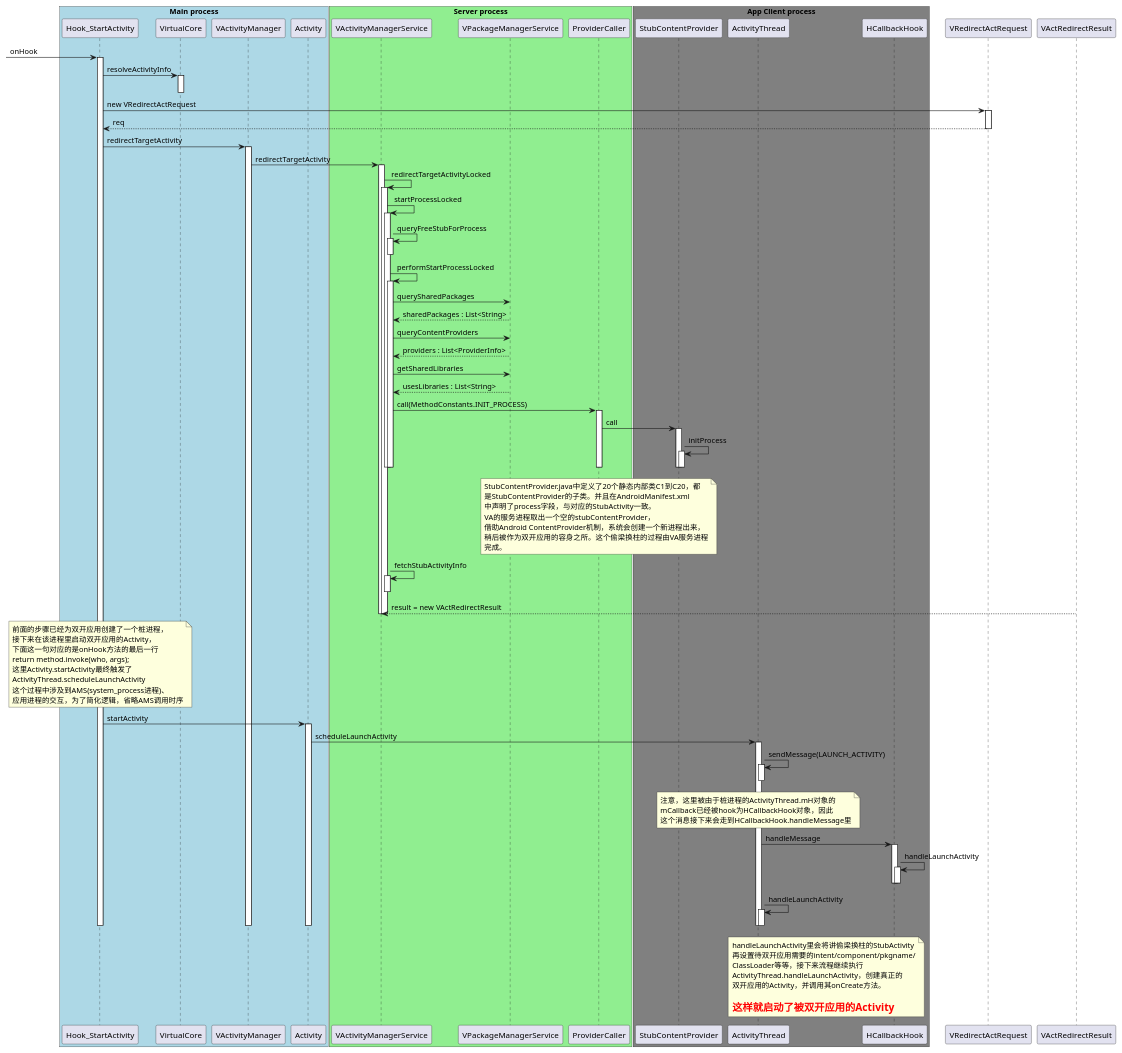
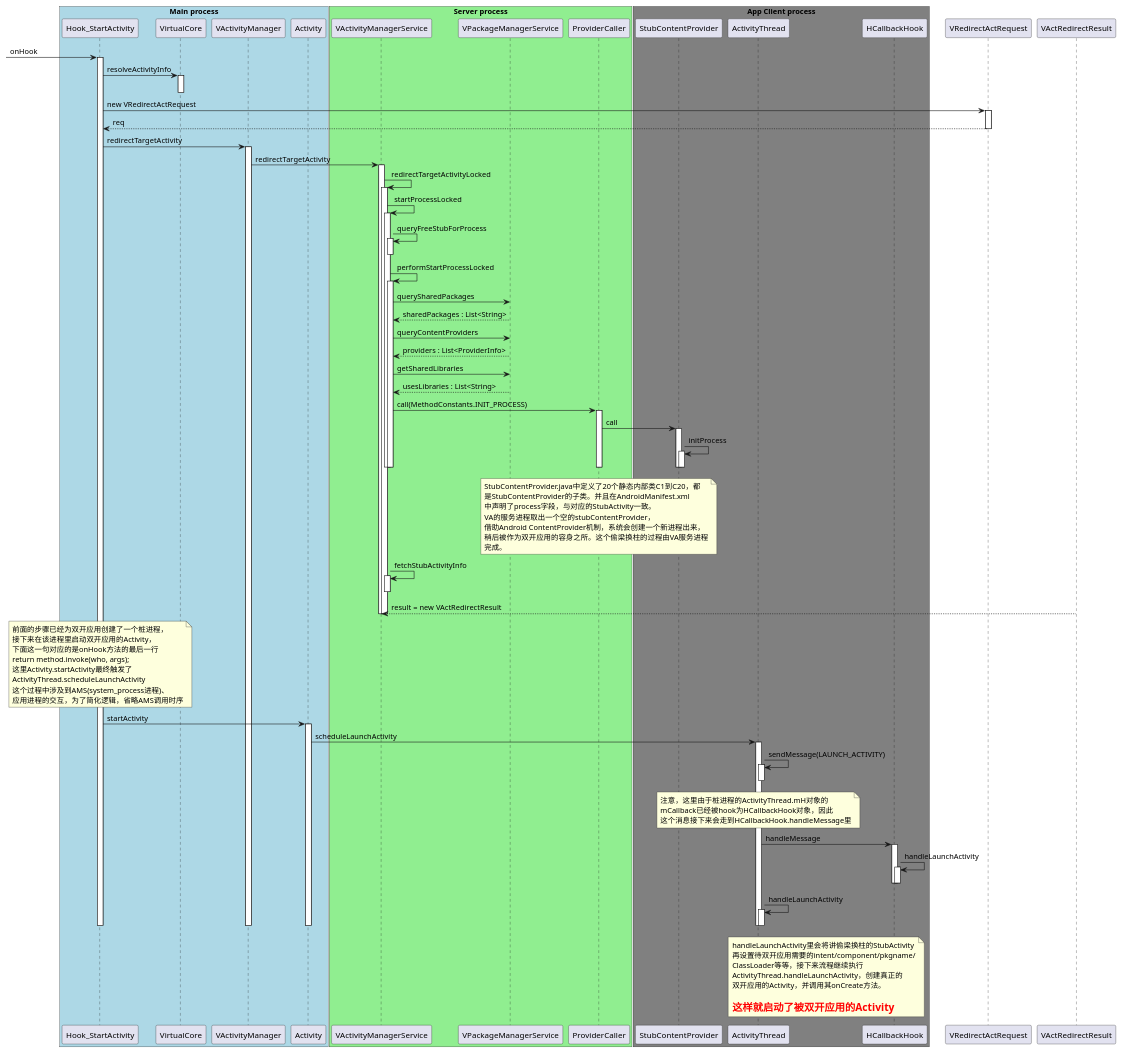
One commit to prife/VirtualAppDoc changed the diagram in VAStartActivity.puml. Above: the diagram before and after it, drawn with PlantUML. The commit also changed 1 other file, not shown here.

```diff
--- a/VAStartActivity.puml
+++ b/VAStartActivity.puml
@@ -1,141 +1,141 @@
 @startuml
 
 box "Main process" #LightBlue
 	participant Hook_StartActivity
 	participant VirtualCore
 	participant VActivityManager
     participant Activity
 end box
 
 box "Server process" #LightGreen
 	participant VActivityManagerService
 	participant VPackageManagerService
 	participant ProviderCaller
 
 end box
 
 box "App Client process" #Gray
 	participant StubContentProvider
 	participant ActivityThread
 	participant HCallbackHook
 end box
 
 [-> Hook_StartActivity : onHook
 
 activate Hook_StartActivity
 Hook_StartActivity -> VirtualCore : resolveActivityInfo
 activate VirtualCore
 
 deactivate VirtualCore
 
 Hook_StartActivity -> VRedirectActRequest : new VRedirectActRequest
 
 activate VRedirectActRequest
 Hook_StartActivity <-- VRedirectActRequest : req
 deactivate VRedirectActRequest
 
 Hook_StartActivity -> VActivityManager : redirectTargetActivity
 activate VActivityManager
     VActivityManager -> VActivityManagerService : redirectTargetActivity
     activate VActivityManagerService
         VActivityManagerService -> VActivityManagerService : redirectTargetActivityLocked
         activate VActivityManagerService
             VActivityManagerService -> VActivityManagerService : startProcessLocked
             activate VActivityManagerService
                 VActivityManagerService -> VActivityManagerService : queryFreeStubForProcess
                 activate VActivityManagerService
                 deactivate VActivityManagerService
 
                 VActivityManagerService -> VActivityManagerService : performStartProcessLocked
                 activate VActivityManagerService
                     VActivityManagerService -> VPackageManagerService : querySharedPackages
                     VActivityManagerService <-- VPackageManagerService : sharedPackages : List<String>
 
                     VActivityManagerService -> VPackageManagerService : queryContentProviders
                     VActivityManagerService <-- VPackageManagerService : providers : List<ProviderInfo>
 
                     VActivityManagerService -> VPackageManagerService : getSharedLibraries
                     VActivityManagerService <-- VPackageManagerService : usesLibraries : List<String>
 
                     VActivityManagerService -> ProviderCaller : call(MethodConstants.INIT_PROCESS)
                     activate ProviderCaller
                         ProviderCaller -> StubContentProvider : call
                         activate StubContentProvider
                             StubContentProvider -> StubContentProvider : initProcess
                             activate StubContentProvider
                             deactivate StubContentProvider
                         deactivate StubContentProvider
                         note over ProviderCaller
                             StubContentProvider.java中定义了20个静态内部类C1到C20，都
                             是StubContentProvider的子类。并且在AndroidManifest.xml
                             中声明了process字段，与对应的StubActivity一致。
                             VA的服务进程取出一个空的stubContentProvider，
                             借助Android ContentProvider机制，系统会创建一个新进程出来，
                             稍后被作为双开应用的容身之所。这个偷梁换柱的过程由VA服务进程
                             完成。
                         endnote
                     deactivate ProviderCaller
                 deactivate VActivityManagerService
             deactivate VActivityManagerService
 
             VActivityManagerService -> VActivityManagerService : fetchStubActivityInfo
             activate VActivityManagerService
             deactivate VActivityManagerService
 
             VActivityManagerService <-- VActRedirectResult : result = new VActRedirectResult
         deactivate VActivityManagerService
     deactivate VActivityManagerService
 
 note over Hook_StartActivity
 前面的步骤已经为双开应用创建了一个桩进程，
 接下来在该进程里启动双开应用的Activity，
 下面这一句对应的是onHook方法的最后一行
 return method.invoke(who, args);
 这里Activity.startActivity最终触发了
 ActivityThread.scheduleLaunchActivity
 这个过程中涉及到AMS(system_process进程)、
 应用进程的交互，为了简化逻辑，省略AMS调用时序
 endnote
 
 Hook_StartActivity -> Activity : startActivity
 activate Activity
     Activity -> ActivityThread : scheduleLaunchActivity
     activate ActivityThread
         ActivityThread -> ActivityThread : sendMessage(LAUNCH_ACTIVITY)
         activate ActivityThread
         deactivate ActivityThread
         note over ActivityThread
-        注意，这里被由于桩进程的ActivityThread.mH对象的
+        注意，这里由于桩进程的ActivityThread.mH对象的
         mCallback已经被hook为HCallbackHook对象，因此
         这个消息接下来会走到HCallbackHook.handleMessage里
         endnote
 
         ActivityThread -> HCallbackHook : handleMessage
         activate HCallbackHook
             HCallbackHook -> HCallbackHook : handleLaunchActivity
             activate HCallbackHook
             deactivate HCallbackHook
         deactivate HCallbackHook
 
         ActivityThread -> ActivityThread : handleLaunchActivity
         activate ActivityThread
         deactivate ActivityThread
 
         note over ActivityThread, HCallbackHook
         handleLaunchActivity里会将讲偷梁换柱的StubActivity
         再设置待双开应用需要的intent/component/pkgname/
         ClassLoader等等，接下来流程继续执行
         ActivityThread.handleLaunchActivity，创建真正的
         双开应用的Activity，并调用其onCreate方法。
 
         **<color red><size:18>这样就启动了被双开应用的Activity</size></color>**
         endnote
     deactivate ActivityThread
 
 deactivate Activity
 
 deactivate VActivityManager
 
 deactivate Hook_StartActivity
 
 @enduml
```
